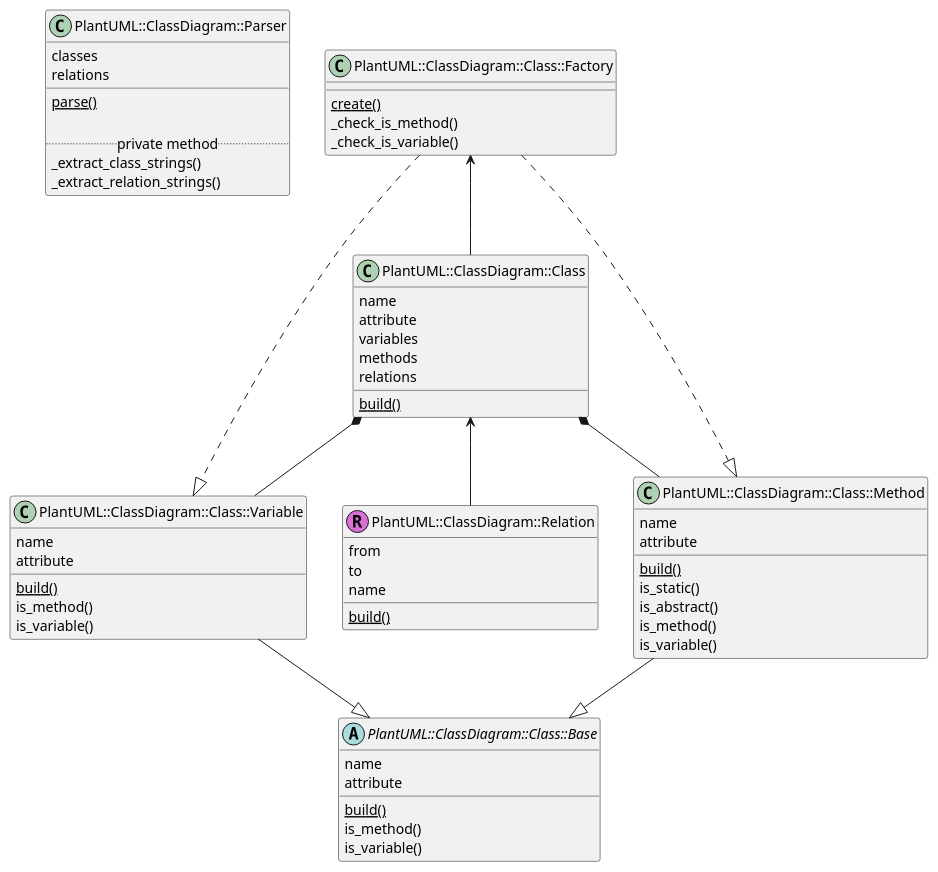
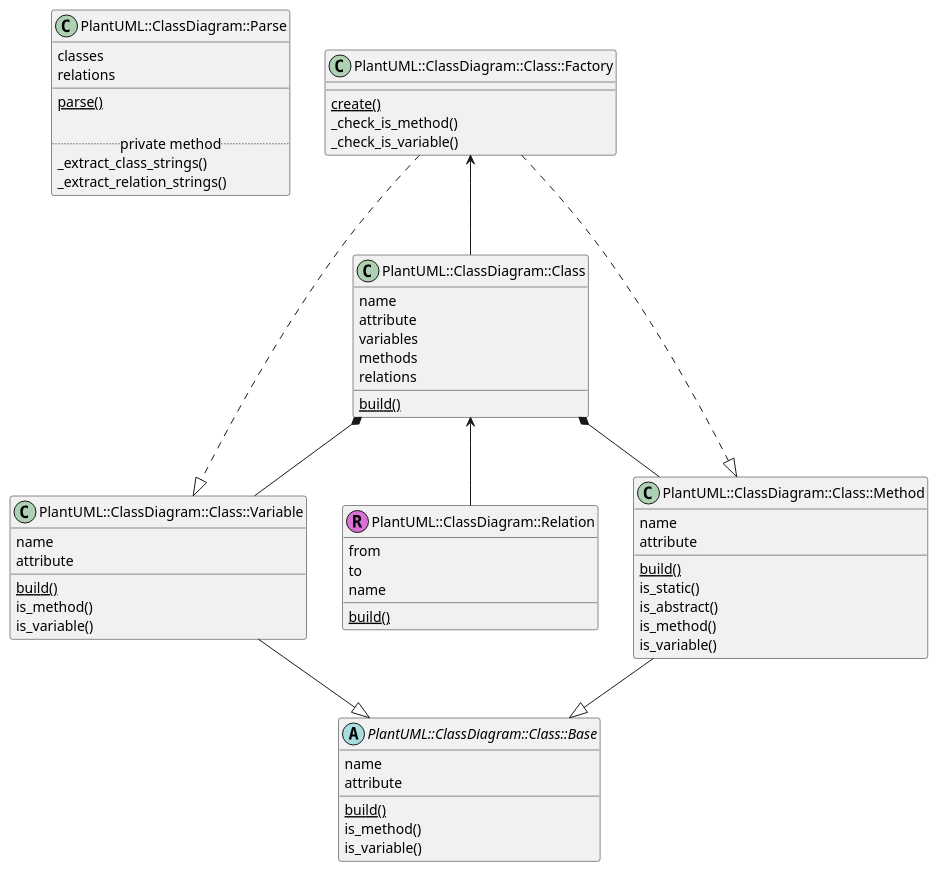
Before and after one commit to Kesin11/plantuml_class_digram_parse: the diagram in examples/pu/self_class_diagram.pu, drawn with PlantUML. The commit also changed 5 other files, not shown here.

Commit message:
rename Parser.pm to Parse.pm

```diff
--- a/examples/pu/self_class_diagram.pu
+++ b/examples/pu/self_class_diagram.pu
@@ -1,81 +1,81 @@
 @startuml
 
 /'
 class Main {
   run()
 }
 '/
 
 /' クラスと関係の文字列を抽出。PlantUML::ClassDiagram::Classに渡してオブジェクトをもらう '/
 /' relationはこの中でビルドしてPlantUML::ClassDiagram::Classに渡す'/
-class PlantUML::ClassDiagram::Parser {
+class PlantUML::ClassDiagram::Parse {
   classes
   relations
   ____
   {static} parse()
 
   .. private method ..
   _extract_class_strings()
   _extract_relation_strings()
 }
 
 /'クラス全体の文字列と、Relationオブジェクト全てをもらってクラスを組み立てる'/
 class PlantUML::ClassDiagram::Class {
   name
   attribute
   variables
   methods
   relations
   {static} build()
 }
 
 class PlantUML::ClassDiagram::Class::Factory {
   {static} create()
   _check_is_method()
   _check_is_variable()
 }
 
 abstract class PlantUML::ClassDiagram::Class::Base {
   name
   attribute
   {static} build()
   is_method()
   is_variable()
 }
 
 class PlantUML::ClassDiagram::Class::Variable {
   name
   attribute
   {static} build()
   is_method()
   is_variable()
 }
 
 class PlantUML::ClassDiagram::Class::Method {
   name
   attribute
   {static} build()
   'check method'
   is_static()
   is_abstract()
   is_method()
   is_variable()
 }
 
 class PlantUML::ClassDiagram::Relation << (R,orchid) >> {
   from
   to
   name
   {static} build()
 }
 
 PlantUML::ClassDiagram::Class *-- PlantUML::ClassDiagram::Class::Variable
 PlantUML::ClassDiagram::Class *-- PlantUML::ClassDiagram::Class::Method
 PlantUML::ClassDiagram::Class <-- PlantUML::ClassDiagram::Relation
 PlantUML::ClassDiagram::Class::Factory <-- PlantUML::ClassDiagram::Class
 PlantUML::ClassDiagram::Class::Factory ..|> PlantUML::ClassDiagram::Class::Variable
 PlantUML::ClassDiagram::Class::Factory ..|> PlantUML::ClassDiagram::Class::Method
 PlantUML::ClassDiagram::Class::Variable -down-|> PlantUML::ClassDiagram::Class::Base
 PlantUML::ClassDiagram::Class::Method -down-|> PlantUML::ClassDiagram::Class::Base
 
 @enduml
```
